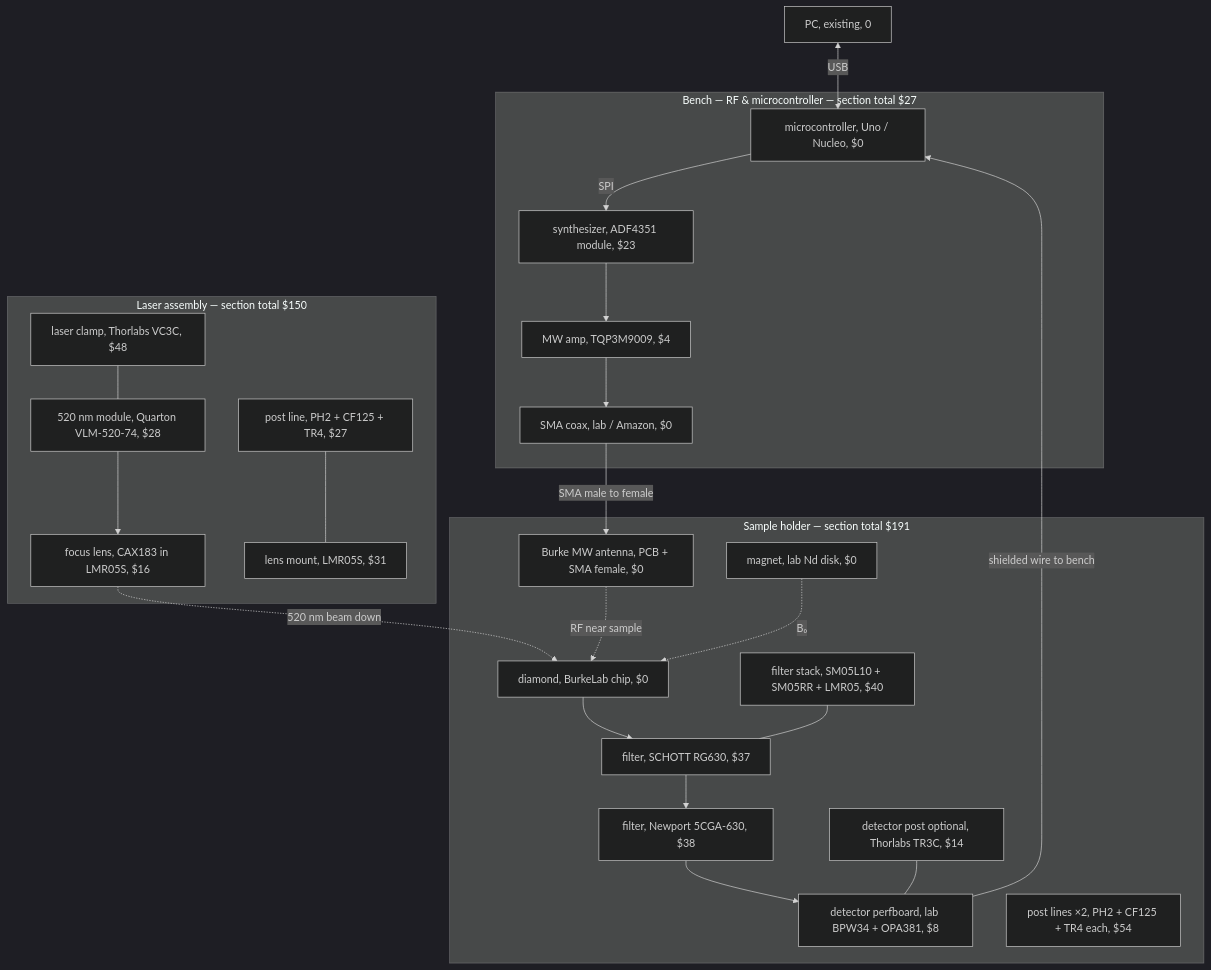
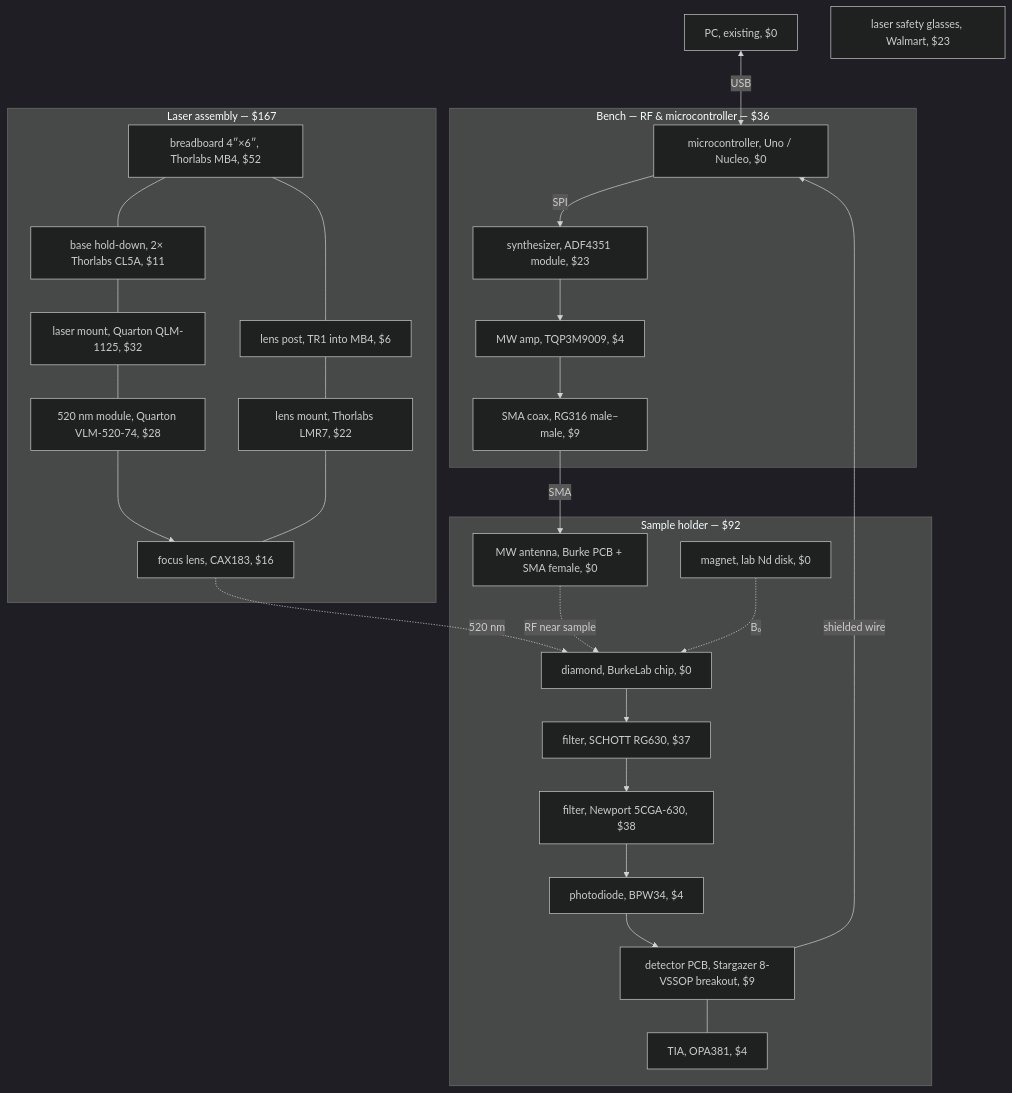
The diagram in misc/diagrams/parts_diagram_cost.md (apoolla114/easy_qubit), drawn with Mermaid (dark theme) before and after one commit. The commit also changed other lines of this file and 2 other files, not shown here.

````diff
--- a/misc/diagrams/parts_diagram_cost.md
+++ b/misc/diagrams/parts_diagram_cost.md
@@ -77,46 +5,48 @@
 ```mermaid
 flowchart TB
-    PC["PC, existing, 0"]
+    PC["PC, existing, $0"]
 
-    subgraph BENCH ["Bench — RF & microcontroller — section total $27"]
+    subgraph BENCH ["Bench — RF & microcontroller — $36"]
         CTL["microcontroller, Uno / Nucleo, $0"]
         SYN["synthesizer, ADF4351 module, $23"]
         AMP["MW amp, TQP3M9009, $4"]
-        COAX["SMA coax, lab / Amazon, $0"]
+        COAX["SMA coax, RG316 male–male, $9"]
         CTL -->|SPI| SYN
         SYN --> AMP --> COAX
     end
 
-    subgraph LASERASM ["Laser assembly — section total $150"]
+    subgraph LASERASM ["Laser assembly — $167"]
+        BOARD["breadboard 4″×6″, Thorlabs MB4, $52"]
+        CL5A["base hold-down, 2× Thorlabs CL5A, $11"]
+        QLM["laser mount, Quarton QLM-1125, $32"]
         LASER["520 nm module, Quarton VLM-520-74, $28"]
-        L2["focus lens, CAX183 in LMR05S, $16"]
-        VC3C["laser clamp, Thorlabs VC3C, $48"]
-        POST_L["post line, PH2 + CF125 + TR4, $27"]
-        LMR05S["lens mount, LMR05S, $31"]
+        POST_L["lens post, TR1 into MB4, $6"]
+        LMR7["lens mount, Thorlabs LMR7, $22"]
+        L2["focus lens, CAX183, $16"]
+        BOARD --- CL5A --- QLM --- LASER
+        BOARD --- POST_L --- LMR7 --- L2
         LASER --> L2
-        VC3C --- LASER
-        POST_L --- LMR05S
     end
 
-    subgraph HOLDER ["Sample holder — section total $191"]
+    subgraph HOLDER ["Sample holder — $92"]
         DIA["diamond, BurkeLab chip, $0"]
         LP1["filter, SCHOTT RG630, $37"]
         LP2["filter, Newport 5CGA-630, $38"]
-        SM05["filter stack, SM05L10 + SM05RR + LMR05, $40"]
-        DETPCB["detector perfboard, lab BPW34 + OPA381, $8"]
-        ANT["Burke MW antenna, PCB + SMA female, $0"]
+        PD["photodiode, BPW34, $4"]
+        BRK["detector PCB, Stargazer 8-VSSOP breakout, $9"]
+        TIA["TIA, OPA381, $4"]
+        ANT["MW antenna, Burke PCB + SMA female, $0"]
         MAG["magnet, lab Nd disk, $0"]
-        POST_H["post lines ×2, PH2 + CF125 + TR4 each, $54"]
-        TR3C["detector post optional, Thorlabs TR3C, $14"]
-        DIA --> LP1 --> LP2 --> DETPCB
-        SM05 --- LP1
-        TR3C --- DETPCB
+        DIA --> LP1 --> LP2 --> PD --> BRK
+        BRK --- TIA
     end
 
+    SAFETY["laser safety glasses, Walmart, $23"]
+
     PC <-->|USB| CTL
-    COAX -->|SMA male to female| ANT
+    COAX -->|SMA| ANT
     ANT -.->|RF near sample| DIA
-    L2 -.->|520 nm beam down| DIA
+    L2 -.->|520 nm| DIA
     MAG -.->|B₀| DIA
-    DETPCB -->|shielded wire to bench| CTL
+    BRK -->|shielded wire| CTL
 ```
````
